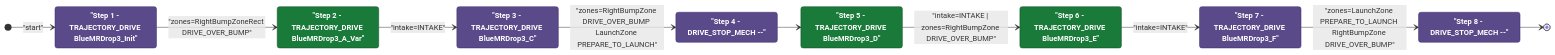
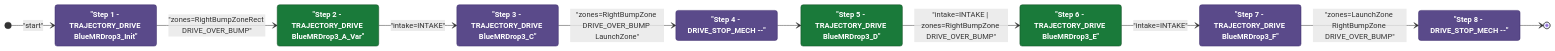
One commit to Team302/2026Rebuilt changed the diagram in documents/auton/BlueBOutKeep3NDepNOutScoreNCliLose.md. Above: the diagram before and after it, drawn with Mermaid. The commit also changed other lines of this file and 131 other files, not shown here.

First line of the commit message:
docs(auton): regenerate Mermaid diagrams [skip ci]

````diff
--- a/documents/auton/BlueBOutKeep3NDepNOutScoreNCliLose.md
+++ b/documents/auton/BlueBOutKeep3NDepNOutScoreNCliLose.md
@@ -8,36 +8,36 @@
 ```mermaid
 stateDiagram-v2
     direction LR
 
     %% Green = intake active, Purple = intake off
     classDef intake  fill:#1a7a3a,color:#ffffff,stroke:#0d4a1f,font-weight:bold
     classDef noIntake fill:#5a4a8a,color:#ffffff,stroke:#3a2a6a,font-weight:bold
 
     Step1 : "Step 1 - TRAJECTORY_DRIVE BlueMRDrop3_Init"
     Step2 : "Step 2 - TRAJECTORY_DRIVE BlueMRDrop3_A_Var"
     Step3 : "Step 3 - TRAJECTORY_DRIVE BlueMRDrop3_C"
     Step4 : "Step 4 - DRIVE_STOP_MECH --"
     Step5 : "Step 5 - TRAJECTORY_DRIVE BlueMRDrop3_D"
     Step6 : "Step 6 - TRAJECTORY_DRIVE BlueMRDrop3_E"
     Step7 : "Step 7 - TRAJECTORY_DRIVE BlueMRDrop3_F"
     Step8 : "Step 8 - DRIVE_STOP_MECH --"
 
     class Step1 noIntake
     class Step2 intake
     class Step3 noIntake
     class Step4 noIntake
     class Step5 intake
     class Step6 intake
     class Step7 noIntake
     class Step8 noIntake
 
     [*] --> Step1 : "start"
     Step1 --> Step2: "zones=RightBumpZoneRect DRIVE_OVER_BUMP"
     Step2 --> Step3: "intake=INTAKE"
-    Step3 --> Step4: "zones=RightBumpZone DRIVE_OVER_BUMP LaunchZone PREPARE_TO_LAUNCH"
+    Step3 --> Step4: "zones=RightBumpZone DRIVE_OVER_BUMP LaunchZone"
     Step4 --> Step5
     Step5 --> Step6: "intake=INTAKE | zones=RightBumpZone DRIVE_OVER_BUMP"
     Step6 --> Step7: "intake=INTAKE"
-    Step7 --> Step8: "zones=LaunchZone PREPARE_TO_LAUNCH RightBumpZone DRIVE_OVER_BUMP"
+    Step7 --> Step8: "zones=LaunchZone RightBumpZone DRIVE_OVER_BUMP"
     Step8 --> [*]
 ```
````
